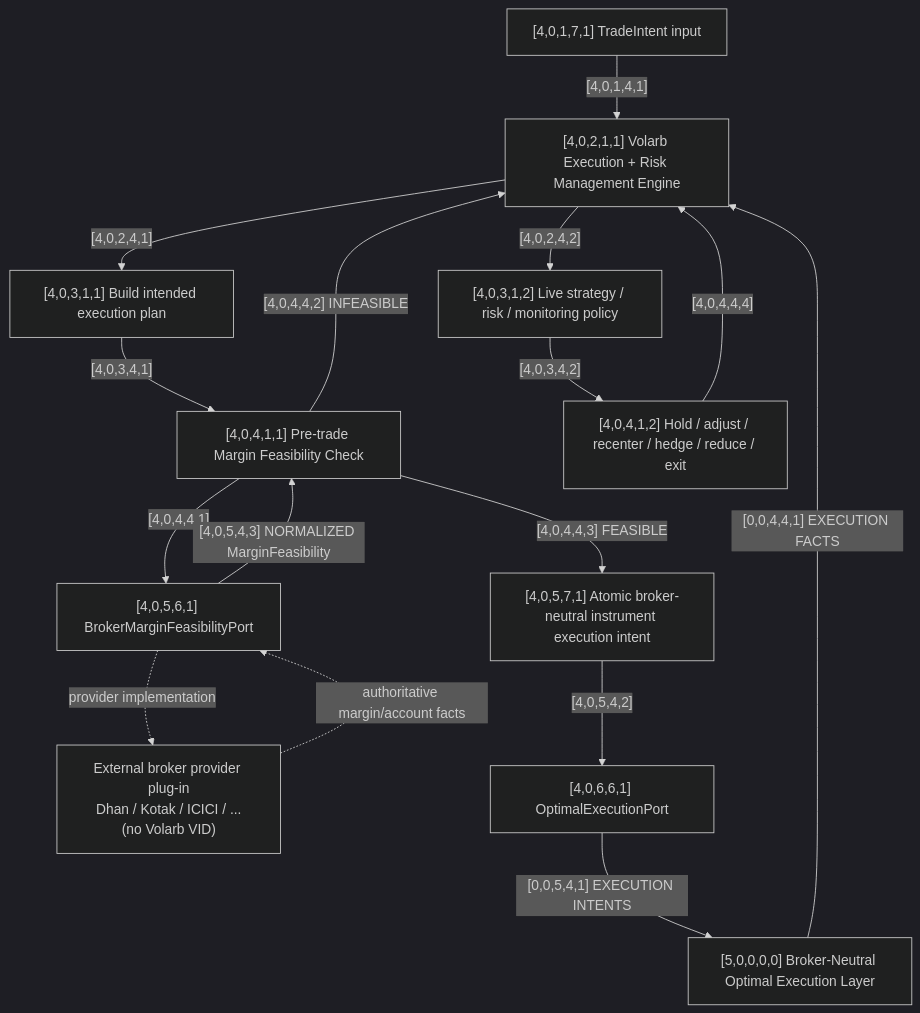
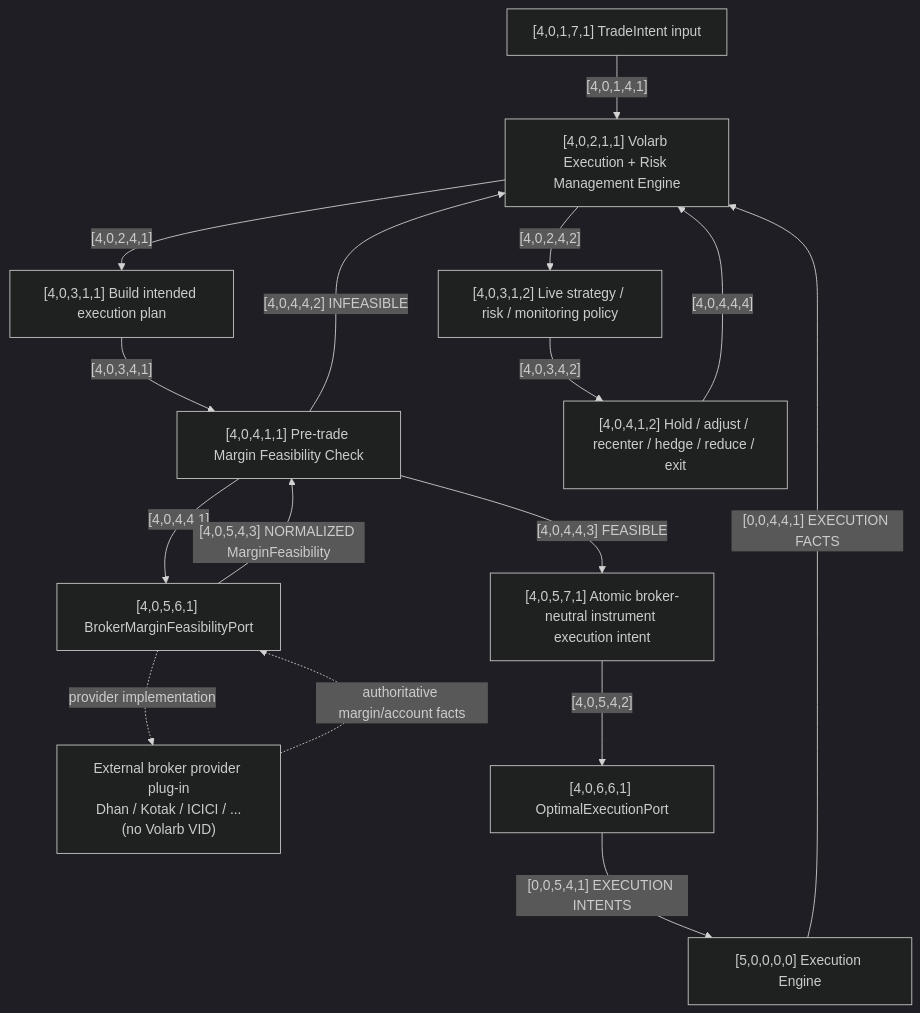
One commit to ayyararyan/volarb changed the diagram in docs/workflows/position-management.md. Above: the diagram before and after it, drawn with Mermaid (dark theme). The commit also changed other lines of this file and 76 other files, not shown here.

````diff
--- a/docs/workflows/position-management.md
+++ b/docs/workflows/position-management.md
@@ -11,30 +13,30 @@
 ```mermaid
 flowchart TD
     A["[4,0,1,7,1] TradeIntent input"]
     B["[4,0,2,1,1] Volarb Execution + Risk Management Engine"]
     C["[4,0,3,1,1] Build intended execution plan"]
     D["[4,0,4,1,1] Pre-trade Margin Feasibility Check"]
     E["[4,0,5,6,1] BrokerMarginFeasibilityPort"]
     P["External broker provider plug-in\nDhan / Kotak / ICICI / ...\n(no Volarb VID)"]
     I["[4,0,5,7,1] Atomic broker-neutral instrument execution intent"]
     J["[4,0,6,6,1] OptimalExecutionPort"]
-    B5["[5,0,0,0,0] Broker-Neutral Optimal Execution Layer"]
+    B5["[5,0,0,0,0] Execution Engine"]
     K["[4,0,3,1,2] Live strategy / risk / monitoring policy"]
     L["[4,0,4,1,2] Hold / adjust / recenter / hedge / reduce / exit"]
 
     A -->|"[4,0,1,4,1]"| B
     B -->|"[4,0,2,4,1]"| C
     C -->|"[4,0,3,4,1]"| D
     D -->|"[4,0,4,4,1]"| E
     E -. "provider implementation" .-> P
     P -. "authoritative margin/account facts" .-> E
     E -->|"[4,0,5,4,3] NORMALIZED MarginFeasibility"| D
     D -->|"[4,0,4,4,2] INFEASIBLE"| B
     D -->|"[4,0,4,4,3] FEASIBLE"| I
     I -->|"[4,0,5,4,2]"| J
     J -->|"[0,0,5,4,1] EXECUTION INTENTS"| B5
     B5 -->|"[0,0,4,4,1] EXECUTION FACTS"| B
     B -->|"[4,0,2,4,2]"| K
     K -->|"[4,0,3,4,2]"| L
     L -->|"[4,0,4,4,4]"| B
 ```
````
